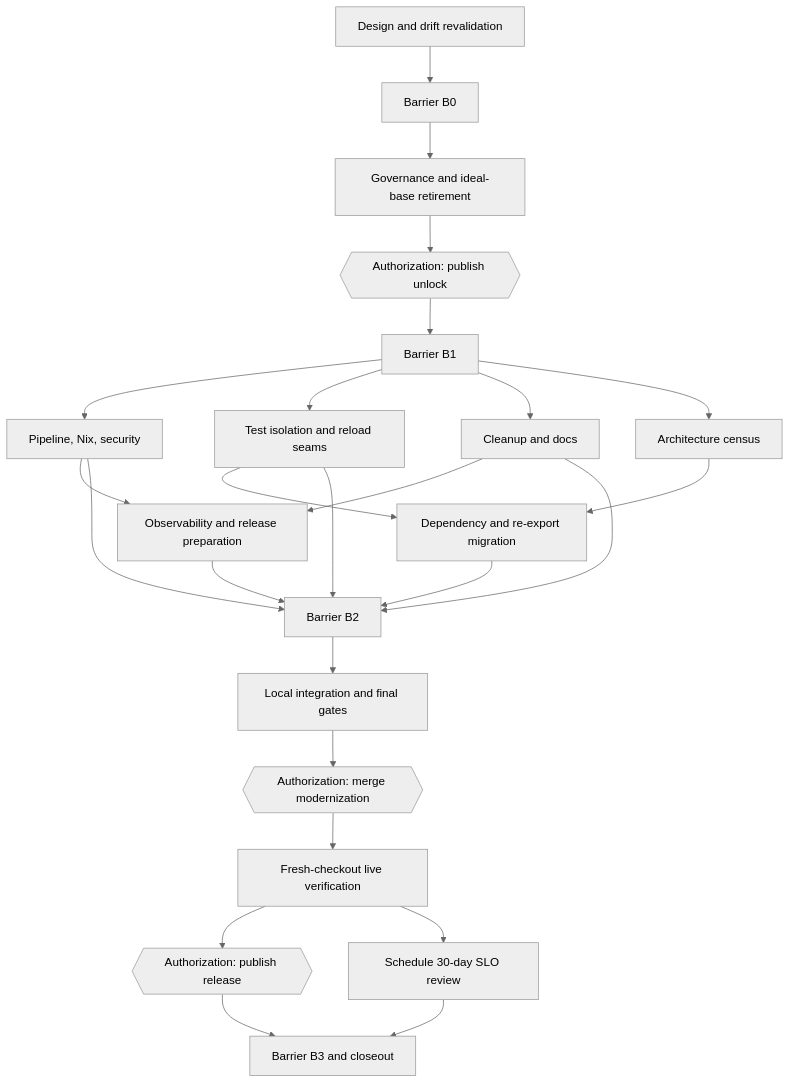
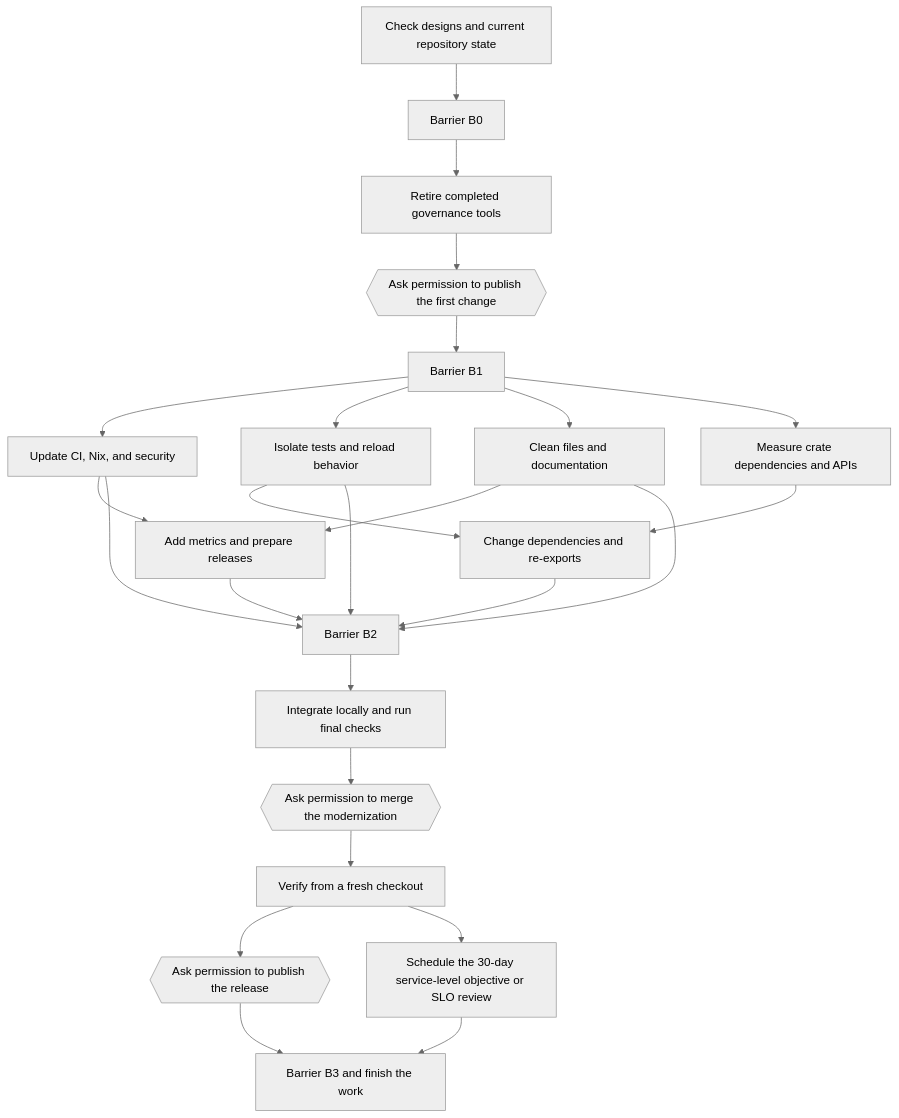
Before and after one commit to jerudnik/jcode: the diagram in docs/modernization/README.md, drawn with Mermaid (neutral theme). The commit also changed other lines of this file and 1 other file, not shown here.

Commit message:
docs: rewrite modernization plan in plain language

````diff
--- a/docs/modernization/README.md
+++ b/docs/modernization/README.md
@@ -36,27 +56,27 @@
 ```mermaid
 flowchart TD
-  M[Design and drift revalidation] --> B0[Barrier B0]
-  B0 --> G[Governance and ideal-base retirement]
-  G --> H10{{Authorization: publish unlock}}
+  M[Check designs and current repository state] --> B0[Barrier B0]
+  B0 --> G[Retire completed governance tools]
+  G --> H10{{Ask permission to publish the first change}}
   H10 --> B1[Barrier B1]
-  B1 --> P[Pipeline, Nix, security]
-  B1 --> T[Test isolation and reload seams]
-  B1 --> C[Cleanup and docs]
-  B1 --> A[Architecture census]
-  P --> O[Observability and release preparation]
-  T --> A2[Dependency and re-export migration]
+  B1 --> P[Update CI, Nix, and security]
+  B1 --> T[Isolate tests and reload behavior]
+  B1 --> C[Clean files and documentation]
+  B1 --> A[Measure crate dependencies and APIs]
+  P --> O[Add metrics and prepare releases]
+  T --> A2[Change dependencies and re-exports]
   C --> O
   A --> A2
   P --> B2[Barrier B2]
   T --> B2
   C --> B2
   A2 --> B2
   O --> B2
-  B2 --> I[Local integration and final gates]
-  I --> H30{{Authorization: merge modernization}}
-  H30 --> V[Fresh-checkout live verification]
-  V --> H31{{Authorization: publish release}}
-  V --> S[Schedule 30-day SLO review]
-  H31 --> B3[Barrier B3 and closeout]
+  B2 --> I[Integrate locally and run final checks]
+  I --> H30{{Ask permission to merge the modernization}}
+  H30 --> V[Verify from a fresh checkout]
+  V --> H31{{Ask permission to publish the release}}
+  V --> S[Schedule the 30-day service-level objective or SLO review]
+  H31 --> B3[Barrier B3 and finish the work]
   S --> B3
 ```
````
